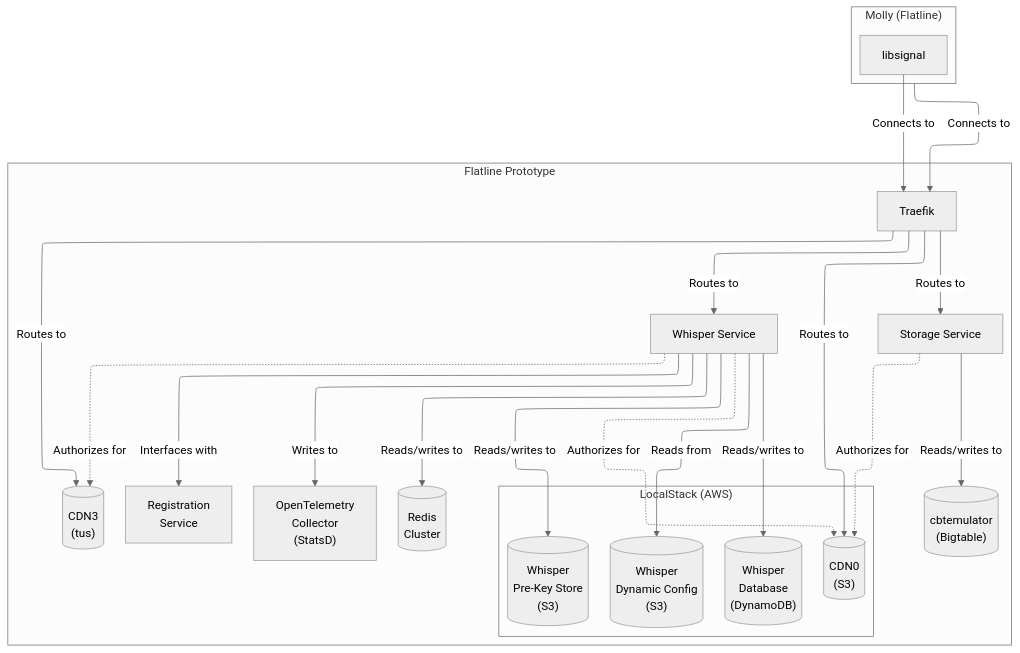
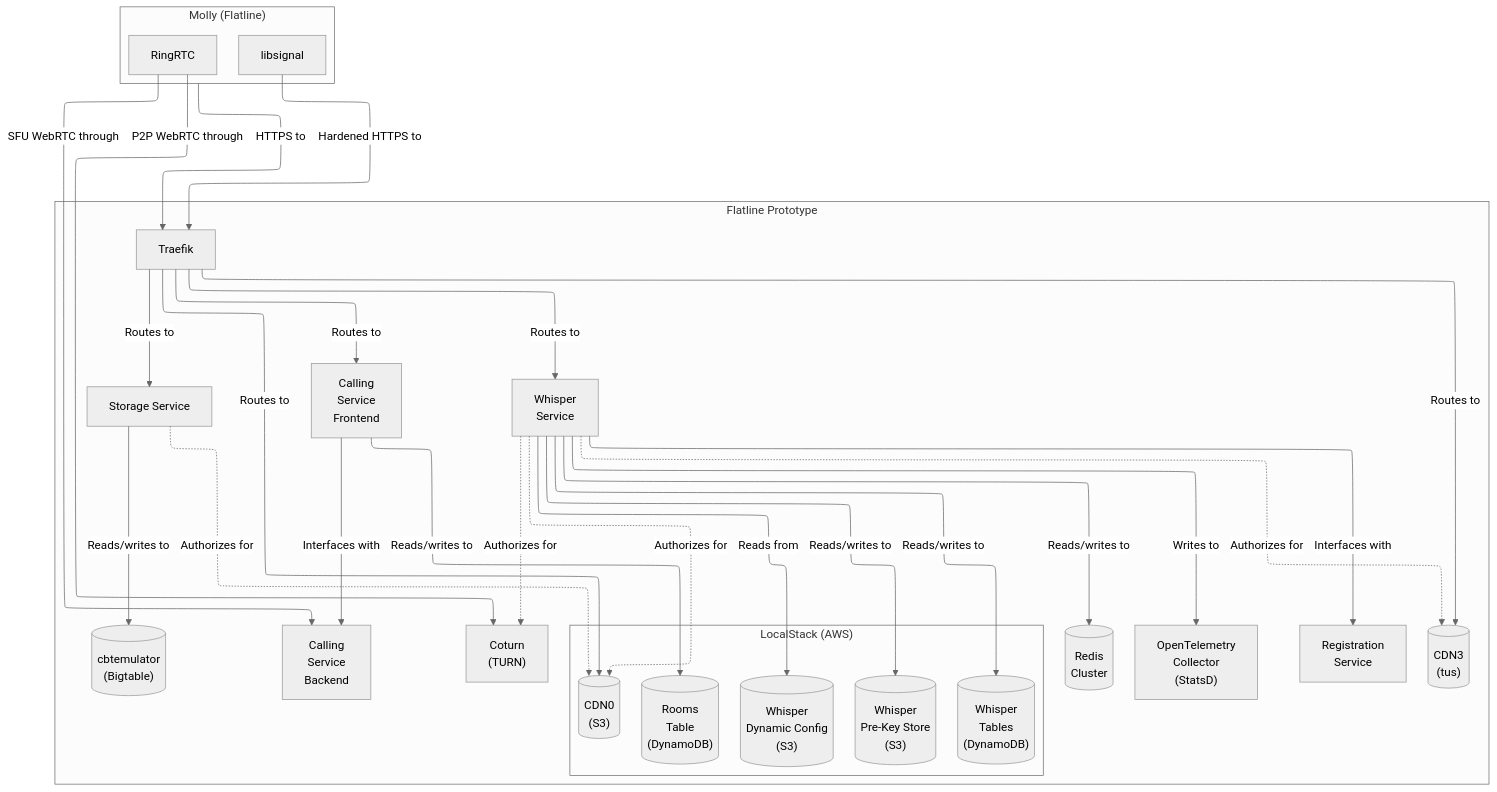
Before and after one commit to mollyim/flatline-platform: the diagram in docs/architecture.mmd, drawn with Mermaid. The commit also changed 31 other files, not shown here.

```diff
--- a/docs/architecture.mmd
+++ b/docs/architecture.mmd
@@ -1,50 +1,62 @@
 ---
 config:
   theme: "neutral"
   flowchart:
     defaultRenderer: "elk"
 ---
 
 flowchart TD
-    molly -->|Connects to| traefik
-    lib -->|Connects to| traefik
+    molly -->|HTTPS to| traefik
+    libsignal -->|Hardened HTTPS to| traefik
+    ringrtc -->|P2P WebRTC through| coturn
+    ringrtc -->|SFU WebRTC through| calling-backend
 
     traefik -->|Routes to| whisper
     traefik -->|Routes to| storage
     traefik -->|Routes to| cdn0
     traefik -->|Routes to| cdn3
+    traefik -->|Routes to| calling-frontend
 
     whisper -->|Reads/writes to| redis
     whisper -->|Interfaces with| registration
+    whisper -.->|Authorizes for| cdn0
+    whisper -.->|Authorizes for| cdn3
+    whisper -.->|Authorizes for| coturn
     whisper -->|Reads/writes to| whisper-pre-key-store
-    whisper -->|Reads/writes to| whisper-database
+    whisper -->|Reads/writes to| whisper-tables
     whisper -->|Reads from| whisper-dynamic-config
     whisper -->|Writes to| otel
-    whisper -.->|Authorizes for| cdn0
-    whisper -.->|Authorizes for| cdn3
 
     storage -->|Reads/writes to| cbtemulator
     storage -.->|Authorizes for| cdn0
 
+    calling-frontend -->|Interfaces with| calling-backend
+    calling-frontend -->|Reads/writes to| rooms-table
+
     subgraph molly["Molly (Flatline)"]
-        lib[libsignal]
+        libsignal[libsignal]
+        ringrtc[RingRTC]
     end
 
     subgraph localstack["LocalStack (AWS)"]
         cdn0@{ shape: cyl, label: "CDN0<br>(S3)" }
-        whisper-database@{ shape: cyl, label: "Whisper<br>Database<br>(DynamoDB)" }
+        whisper-tables@{ shape: cyl, label: "Whisper<br>Tables<br>(DynamoDB)" }
+        rooms-table@{ shape: cyl, label: "Rooms<br>Table<br>(DynamoDB)" }
         whisper-dynamic-config@{ shape: cyl, label: "Whisper<br>Dynamic Config<br>(S3)" }
         whisper-pre-key-store@{ shape: cyl, label: "Whisper<br>Pre-Key Store<br>(S3)" }
     end
 
-    subgraph "Flatline Prototype"
+    subgraph flatline["Flatline Prototype"]
         traefik[Traefik]
-        whisper[Whisper Service]
+        whisper[Whisper<br>Service]
         storage[Storage Service]
         localstack[LocalStack]
         registration[Registration<br>Service]
+        calling-frontend[Calling<br>Service<br>Frontend]
+        calling-backend[Calling<br>Service<br>Backend]
+        coturn["Coturn<br>(TURN)"]
         cdn3@{ shape: cyl, label: "CDN3<br>(tus)" }
         redis@{ shape: cyl, label: "Redis<br>Cluster"}
         cbtemulator@{ shape: cyl, label: "cbtemulator<br>(Bigtable)"}
         otel["OpenTelemetry<br>Collector<br>(StatsD)"]
     end
```
